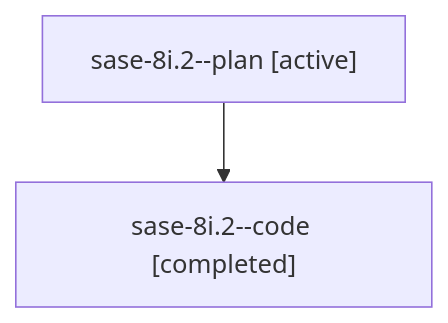
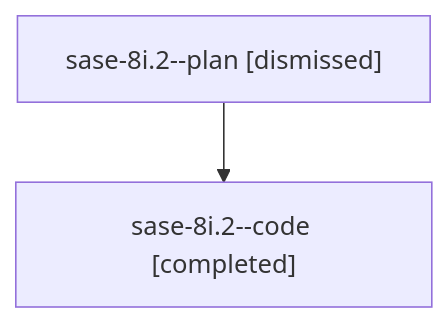
The diagram in sessions/bbugyi200.athena.sase-8i.2.md (sase-org/sase--agents), drawn with Mermaid before and after one commit. The commit also changed other lines of this file and 100 other files, not shown here.

````diff
--- a/sessions/bbugyi200.athena.sase-8i.2.md
+++ b/sessions/bbugyi200.athena.sase-8i.2.md
@@ -9,6 +9,6 @@
 ```mermaid
 flowchart TD
-  n0["sase-8i.2--plan [active]"]
+  n0["sase-8i.2--plan [dismissed]"]
   n1["sase-8i.2--code [completed]"]
   n0 --> n1
 ```
````
